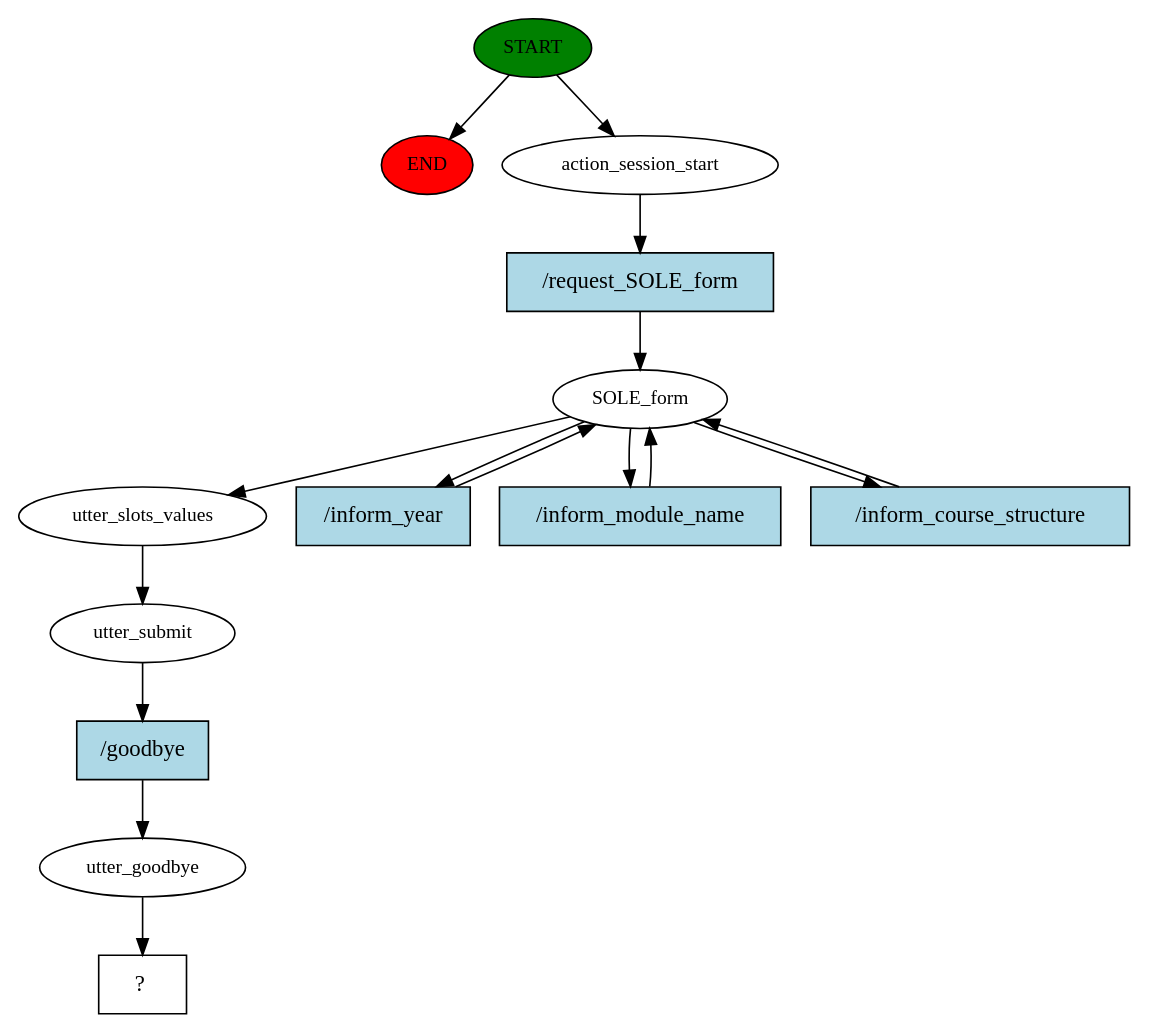
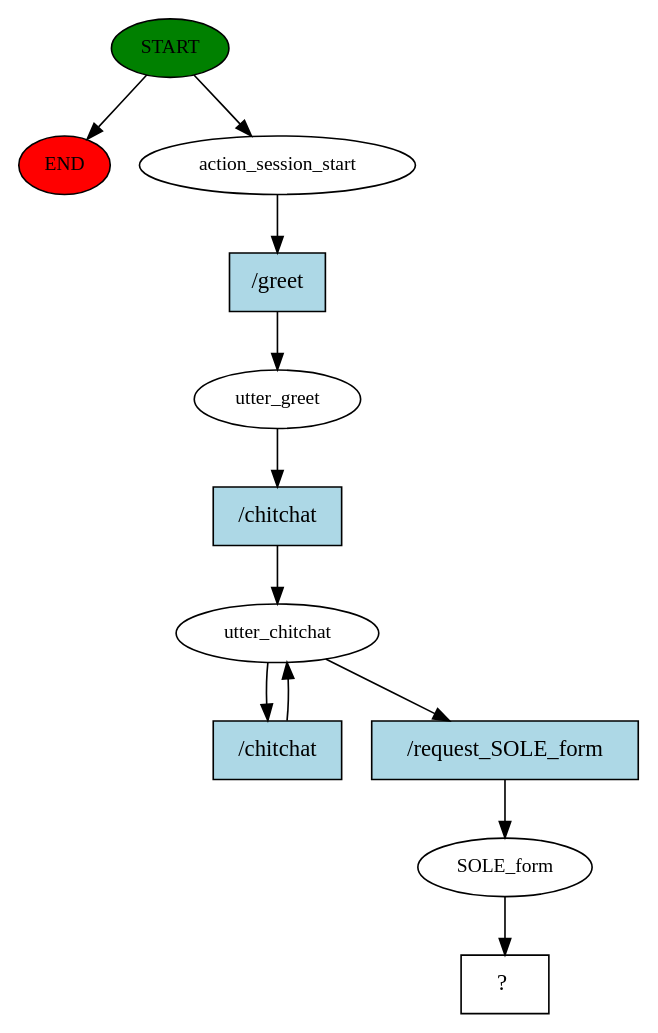
The diagram in FYP/story_graph.dot (hkl19/Rasa-Surveybot1), drawn with Graphviz before and after one commit. The commit also changed 113 other files, not shown here.

```diff
--- a/FYP/story_graph.dot
+++ b/FYP/story_graph.dot
@@ -1,30 +1,24 @@
 digraph  {
 0 [class="start active", fillcolor=green, fontsize=12, label=START, style=filled];
 "-1" [class=end, fillcolor=red, fontsize=12, label=END, style=filled];
 1 [class=active, fontsize=12, label=action_session_start];
-2 [class=active, fontsize=12, label=SOLE_form];
-7 [class=active, fontsize=12, label=utter_slots_values];
-8 [class=active, fontsize=12, label=utter_submit];
-9 [class=active, fontsize=12, label=utter_goodbye];
-10 [class="intent dashed active", label="  ?  ", shape=rect];
+2 [class=active, fontsize=12, label=utter_greet];
+3 [class=active, fontsize=12, label=utter_chitchat];
+6 [class=active, fontsize=12, label=SOLE_form];
+7 [class="intent dashed active", label="  ?  ", shape=rect];
+8 [class="intent active", fillcolor=lightblue, label="/greet", shape=rect, style=filled];
+9 [class="intent active", fillcolor=lightblue, label="/chitchat", shape=rect, style=filled];
+10 [class="intent active", fillcolor=lightblue, label="/chitchat", shape=rect, style=filled];
 11 [class="intent active", fillcolor=lightblue, label="/request_SOLE_form", shape=rect, style=filled];
-12 [class="intent active", fillcolor=lightblue, label="/inform_year", shape=rect, style=filled];
-13 [class="intent active", fillcolor=lightblue, label="/inform_module_name", shape=rect, style=filled];
-14 [class="intent active", fillcolor=lightblue, label="/inform_course_structure", shape=rect, style=filled];
-15 [class="intent active", fillcolor=lightblue, label="/goodbye", shape=rect, style=filled];
 0 -> "-1"  [class="", key=NONE, label=""];
 0 -> 1  [class=active, key=NONE, label=""];
-1 -> 11  [class=active, key=0];
-2 -> 7  [class=active, key=NONE, label=""];
-2 -> 12  [class=active, key=0];
-2 -> 13  [class=active, key=0];
-2 -> 14  [class=active, key=0];
-7 -> 8  [class=active, key=NONE, label=""];
-8 -> 15  [class=active, key=0];
-9 -> 10  [class=active, key=NONE, label=""];
-11 -> 2  [class=active, key=0];
-12 -> 2  [class=active, key=0];
-13 -> 2  [class=active, key=0];
-14 -> 2  [class=active, key=0];
-15 -> 9  [class=active, key=0];
+1 -> 8  [class=active, key=0];
+2 -> 9  [class=active, key=0];
+3 -> 10  [class=active, key=0];
+3 -> 11  [class=active, key=0];
+6 -> 7  [class=active, key=NONE, label=""];
+8 -> 2  [class=active, key=0];
+9 -> 3  [class=active, key=0];
+10 -> 3  [class=active, key=0];
+11 -> 6  [class=active, key=0];
 }
```
